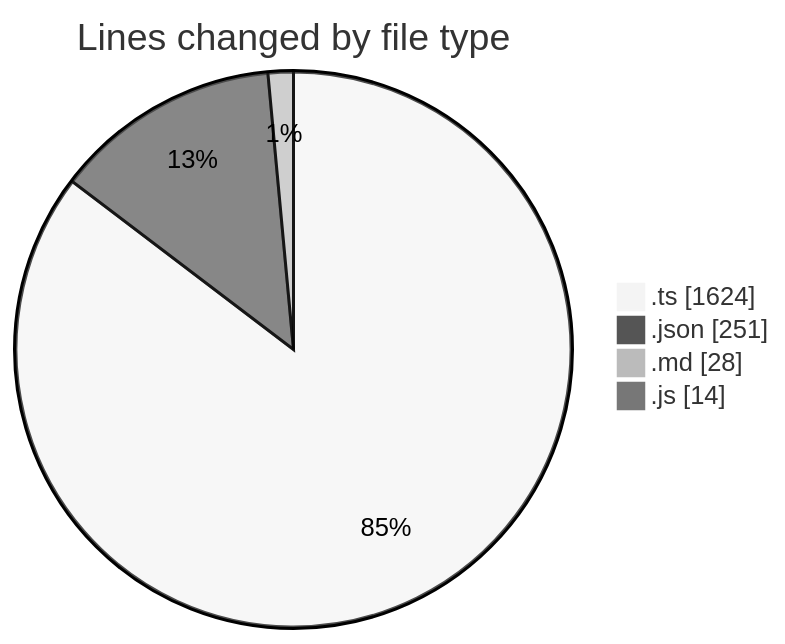
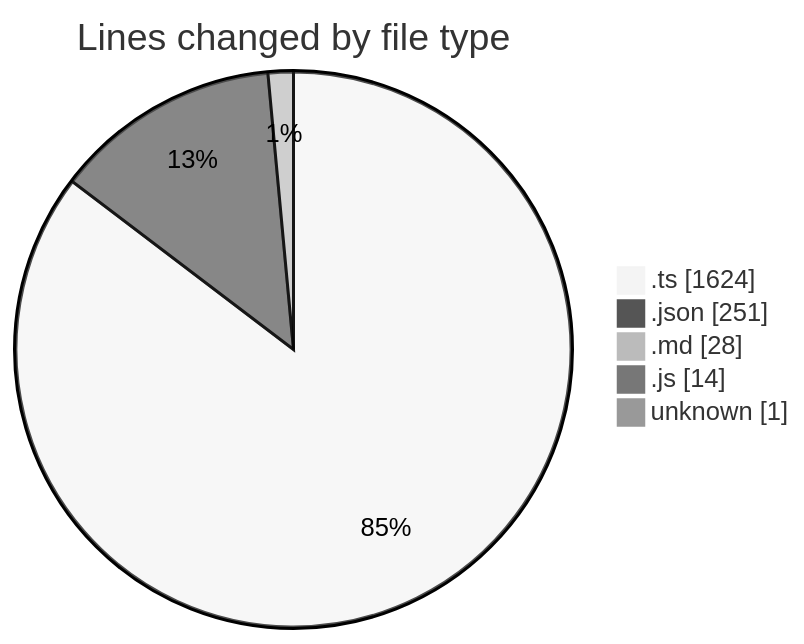
The first of 2 diagrams in 2025-01-03/my-code-activity-ext/README.md (ernivani/code-tracking), drawn with Mermaid (neutral theme) before and after one commit. The commit also changed other lines of this file and 6 other files, not shown here.

````diff
--- a/2025-01-03/my-code-activity-ext/README.md
+++ b/2025-01-03/my-code-activity-ext/README.md
@@ -31,8 +32,9 @@
 ```mermaid
 pie showData
 title Lines changed by file type
 ".ts" : 1624
 ".json" : 251
 ".md" : 28
 ".js" : 14
+"unknown" : 1
 ```
````
